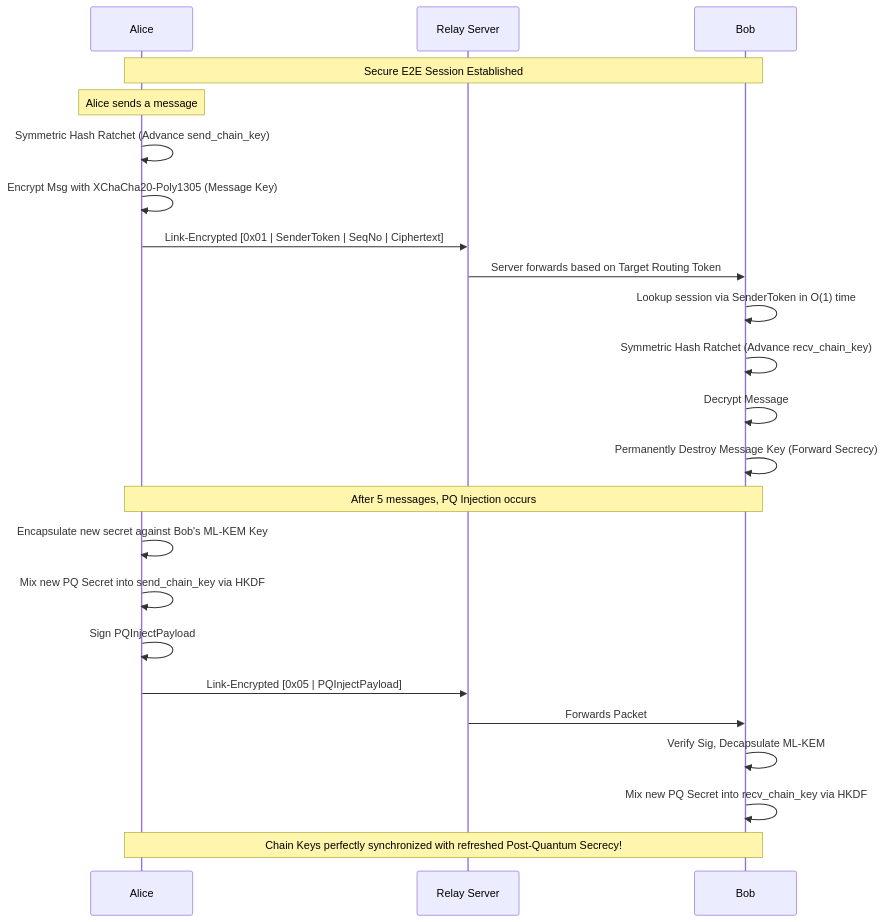
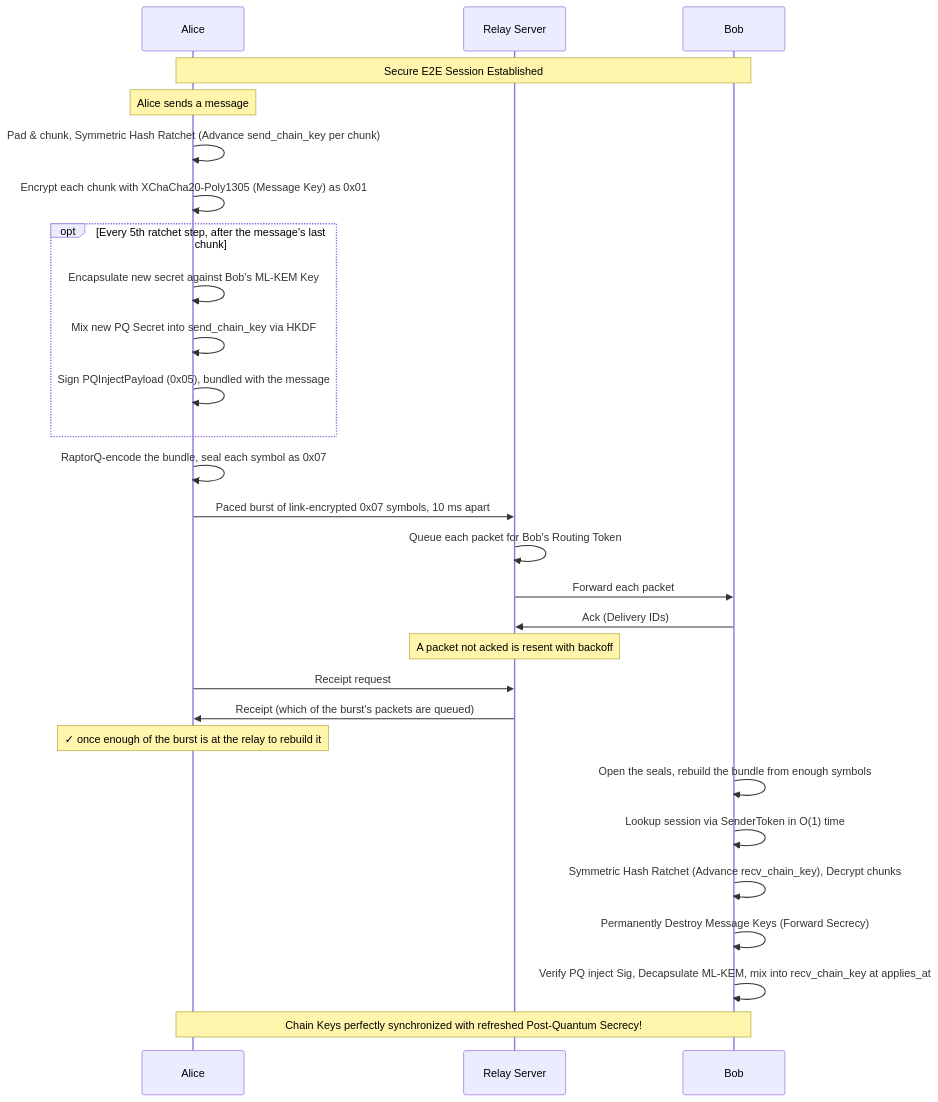
One commit to Lxadams/Cryptogram changed the second of 6 diagrams in documentations/architecture-diagrams.md. Above: the diagram before and after it, drawn with Mermaid. The commit also changed other lines of this file and 27 other files, not shown here.

````diff
--- a/documentations/architecture-diagrams.md
+++ b/documentations/architecture-diagrams.md
@@ -49,30 +53,33 @@
 ```mermaid
 sequenceDiagram
     participant A as Alice
     participant S as Relay Server
     participant B as Bob
 
     Note over A, B: Secure E2E Session Established
 
     Note over A: Alice sends a message
-    A->>A: Symmetric Hash Ratchet (Advance send_chain_key)
-    A->>A: Encrypt Msg with XChaCha20-Poly1305 (Message Key)
-    A->>S: Link-Encrypted [0x01 | SenderToken | SeqNo | Ciphertext]
-    
-    S->>B: Server forwards based on Target Routing Token
-    
+    A->>A: Pad & chunk, Symmetric Hash Ratchet (Advance send_chain_key per chunk)
+    A->>A: Encrypt each chunk with XChaCha20-Poly1305 (Message Key) as 0x01
+    opt Every 5th ratchet step, after the message's last chunk
+        A->>A: Encapsulate new secret against Bob's ML-KEM Key
+        A->>A: Mix new PQ Secret into send_chain_key via HKDF
+        A->>A: Sign PQInjectPayload (0x05), bundled with the message
+    end
+    A->>A: RaptorQ-encode the bundle, seal each symbol as 0x07
+    A->>S: Paced burst of link-encrypted 0x07 symbols, 10 ms apart
+    S->>S: Queue each packet for Bob's Routing Token
+    S->>B: Forward each packet
+    B->>S: Ack (Delivery IDs)
+    Note over S: A packet not acked is resent with backoff
+    A->>S: Receipt request
+    S->>A: Receipt (which of the burst's packets are queued)
+    Note over A: ✓ once enough of the burst is at the relay to rebuild it
+
+    B->>B: Open the seals, rebuild the bundle from enough symbols
     B->>B: Lookup session via SenderToken in O(1) time
-    B->>B: Symmetric Hash Ratchet (Advance recv_chain_key)
-    B->>B: Decrypt Message
-    B->>B: Permanently Destroy Message Key (Forward Secrecy)
-
-    Note over A, B: After 5 messages, PQ Injection occurs
-    A->>A: Encapsulate new secret against Bob's ML-KEM Key
-    A->>A: Mix new PQ Secret into send_chain_key via HKDF
-    A->>A: Sign PQInjectPayload
-    A->>S: Link-Encrypted [0x05 | PQInjectPayload]
-    S->>B: Forwards Packet
-    B->>B: Verify Sig, Decapsulate ML-KEM
-    B->>B: Mix new PQ Secret into recv_chain_key via HKDF
+    B->>B: Symmetric Hash Ratchet (Advance recv_chain_key), Decrypt chunks
+    B->>B: Permanently Destroy Message Keys (Forward Secrecy)
+    B->>B: Verify PQ inject Sig, Decapsulate ML-KEM, mix into recv_chain_key at applies_at
     Note over A, B: Chain Keys perfectly synchronized with refreshed Post-Quantum Secrecy!
 ```
````
